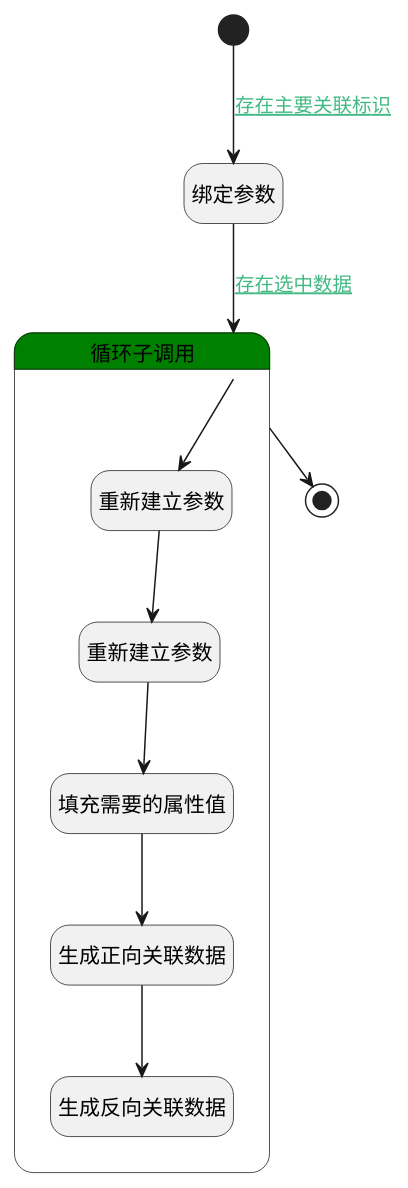
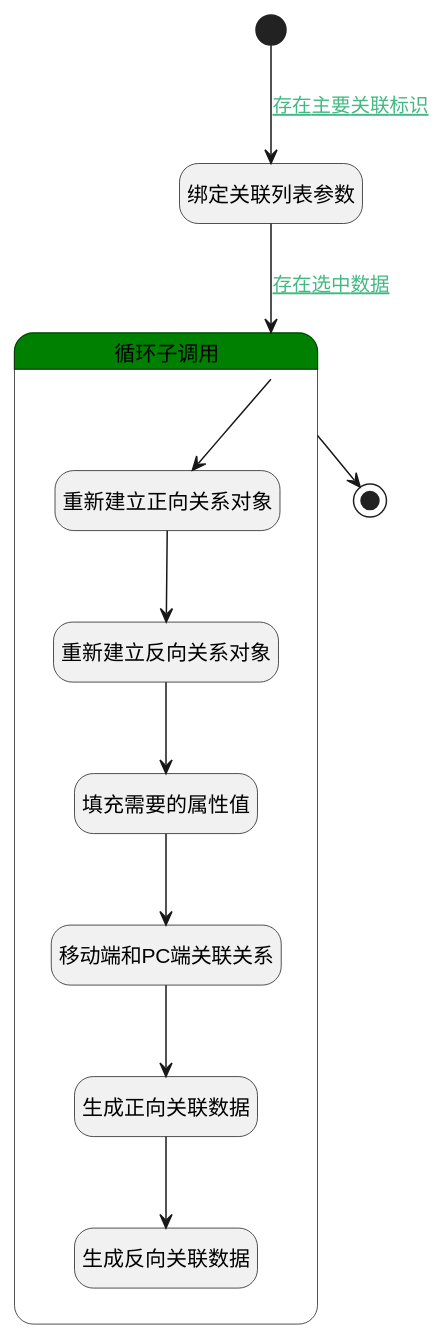
One commit to iBizLab/plm changed the diagram in doc/docsify/module/ProdMgmt/ticket/logic/others_relation_ticket.md. Above: the diagram before and after it, drawn with PlantUML. The commit also changed other lines of this file and 1778 other files, not shown here.

````diff
--- a/doc/docsify/module/ProdMgmt/ticket/logic/others_relation_ticket.md
+++ b/doc/docsify/module/ProdMgmt/ticket/logic/others_relation_ticket.md
@@ -7,34 +7,36 @@
 ```plantuml
 @startuml
 hide empty description
 <style>
 root {
   HyperlinkColor #42b983
 }
 </style>
 
 hide empty description
 state "开始" as Begin <<start>> [[$./others_relation_ticket#begin {"开始"}]]
-state "绑定参数" as BINDPARAM1  [[$./others_relation_ticket#bindparam1 {"绑定参数"}]]
+state "绑定关联列表参数" as BINDPARAM1  [[$./others_relation_ticket#bindparam1 {"绑定关联列表参数"}]]
 state "结束" as END1 <<end>> [[$./others_relation_ticket#end1 {"结束"}]]
 state "循环子调用" as LOOPSUBCALL1  [[$./others_relation_ticket#loopsubcall1 {"循环子调用"}]] #green {
-state "重新建立参数" as RENEWPARAM1  [[$./others_relation_ticket#renewparam1 {"重新建立参数"}]]
-state "重新建立参数" as RENEWPARAM2  [[$./others_relation_ticket#renewparam2 {"重新建立参数"}]]
+state "重新建立正向关系对象" as RENEWPARAM1  [[$./others_relation_ticket#renewparam1 {"重新建立正向关系对象"}]]
+state "重新建立反向关系对象" as RENEWPARAM2  [[$./others_relation_ticket#renewparam2 {"重新建立反向关系对象"}]]
 state "填充需要的属性值" as PREPAREPARAM1  [[$./others_relation_ticket#prepareparam1 {"填充需要的属性值"}]]
+state "移动端和PC端关联关系" as RAWSFCODE1  [[$./others_relation_ticket#rawsfcode1 {"移动端和PC端关联关系"}]]
 state "生成正向关联数据" as DEACTION1  [[$./others_relation_ticket#deaction1 {"生成正向关联数据"}]]
 state "生成反向关联数据" as DEACTION2  [[$./others_relation_ticket#deaction2 {"生成反向关联数据"}]]
 }
 
 
 Begin --> BINDPARAM1 : [[$./others_relation_ticket#begin-bindparam1{存在主要关联标识} 存在主要关联标识]]
 BINDPARAM1 --> LOOPSUBCALL1 : [[$./others_relation_ticket#bindparam1-loopsubcall1{存在选中数据} 存在选中数据]]
 LOOPSUBCALL1 --> RENEWPARAM1
 RENEWPARAM1 --> RENEWPARAM2
 RENEWPARAM2 --> PREPAREPARAM1
-PREPAREPARAM1 --> DEACTION1
+PREPAREPARAM1 --> RAWSFCODE1
+RAWSFCODE1 --> DEACTION1
 DEACTION1 --> DEACTION2
 LOOPSUBCALL1 --> END1
 
 
 @enduml
 ```
````
